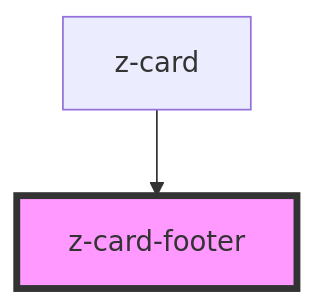
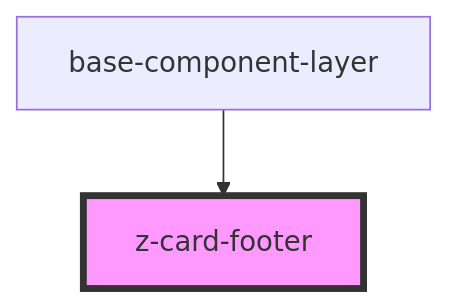
The diagram in web-components-library/src/components/z-card-footer/readme.md (ZanichelliEditore/design-system), drawn with Mermaid before and after one commit. The commit also changed other lines of this file and 36 other files, not shown here.

````diff
--- a/web-components-library/src/components/z-card-footer/readme.md
+++ b/web-components-library/src/components/z-card-footer/readme.md
@@ -25,5 +25,5 @@
 ```mermaid
 graph TD;
-  z-card --> z-card-footer
+  base-component-layer --> z-card-footer
   style z-card-footer fill:#f9f,stroke:#333,stroke-width:4px
 ```
````
